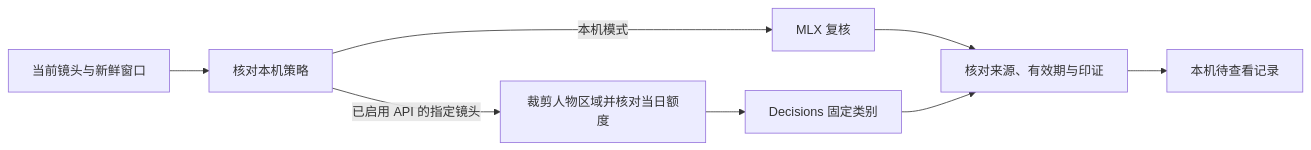
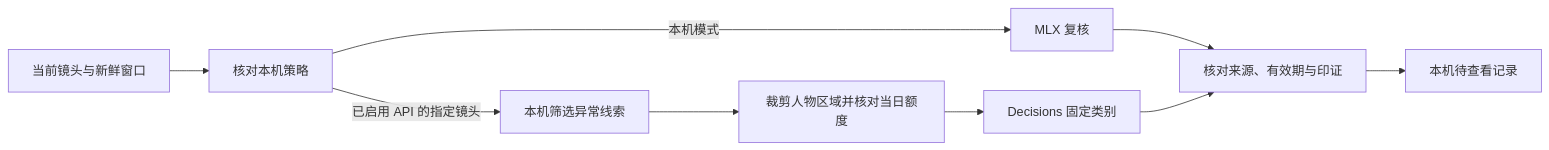
Before and after one commit to Geeprox/Friday: diagram 13 of 41 in docs/architecture.md, drawn with Mermaid. The commit also changed other lines of this file and 20 other files, not shown here.

````diff
--- a/docs/architecture.md
+++ b/docs/architecture.md
@@ -306,10 +306,11 @@
 ```mermaid
 flowchart LR
   F[当前镜头与新鲜窗口] --> P[核对本机策略]
   P -->|本机模式| M[MLX 复核]
-  P -->|已启用 API 的指定镜头| C[裁剪人物区域并核对当日额度]
+  P -->|已启用 API 的指定镜头| E[本机筛选异常线索]
+  E --> C[裁剪人物区域并核对当日额度]
   C --> D[Decisions 固定类别]
   M --> V[核对来源、有效期与印证]
   D --> V
   V --> R[本机待查看记录]
 ```
````
